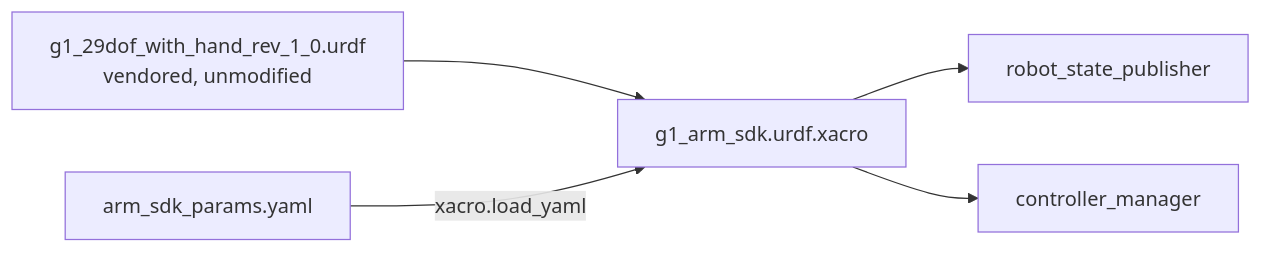
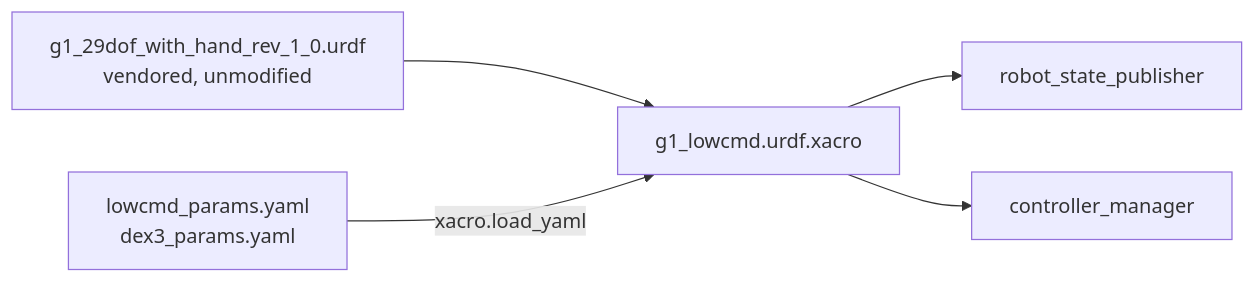
Before and after one commit to Adyansh04/grove-g1: the diagram in workspace/src/g1_description/README.md, drawn with Mermaid. The commit also changed other lines of this file and 10 other files, not shown here.

````diff
--- a/workspace/src/g1_description/README.md
+++ b/workspace/src/g1_description/README.md
@@ -8,7 +8,7 @@
 ```mermaid
 flowchart LR
     V["g1_29dof_with_hand_rev_1_0.urdf<br/>vendored, unmodified"] --> X
-    P["arm_sdk_params.yaml"] -- "xacro.load_yaml" --> X
-    X["g1_arm_sdk.urdf.xacro"] --> RSP["robot_state_publisher"]
+    P["lowcmd_params.yaml<br/>dex3_params.yaml"] -- "xacro.load_yaml" --> X
+    X["g1_lowcmd.urdf.xacro"] --> RSP["robot_state_publisher"]
     X --> CM["controller_manager"]
 ```
````
